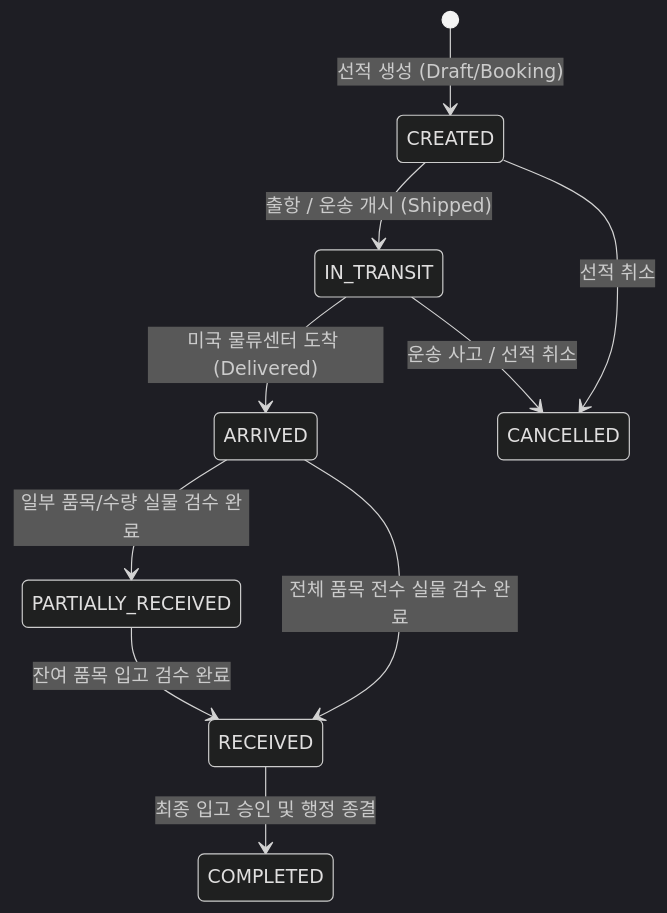
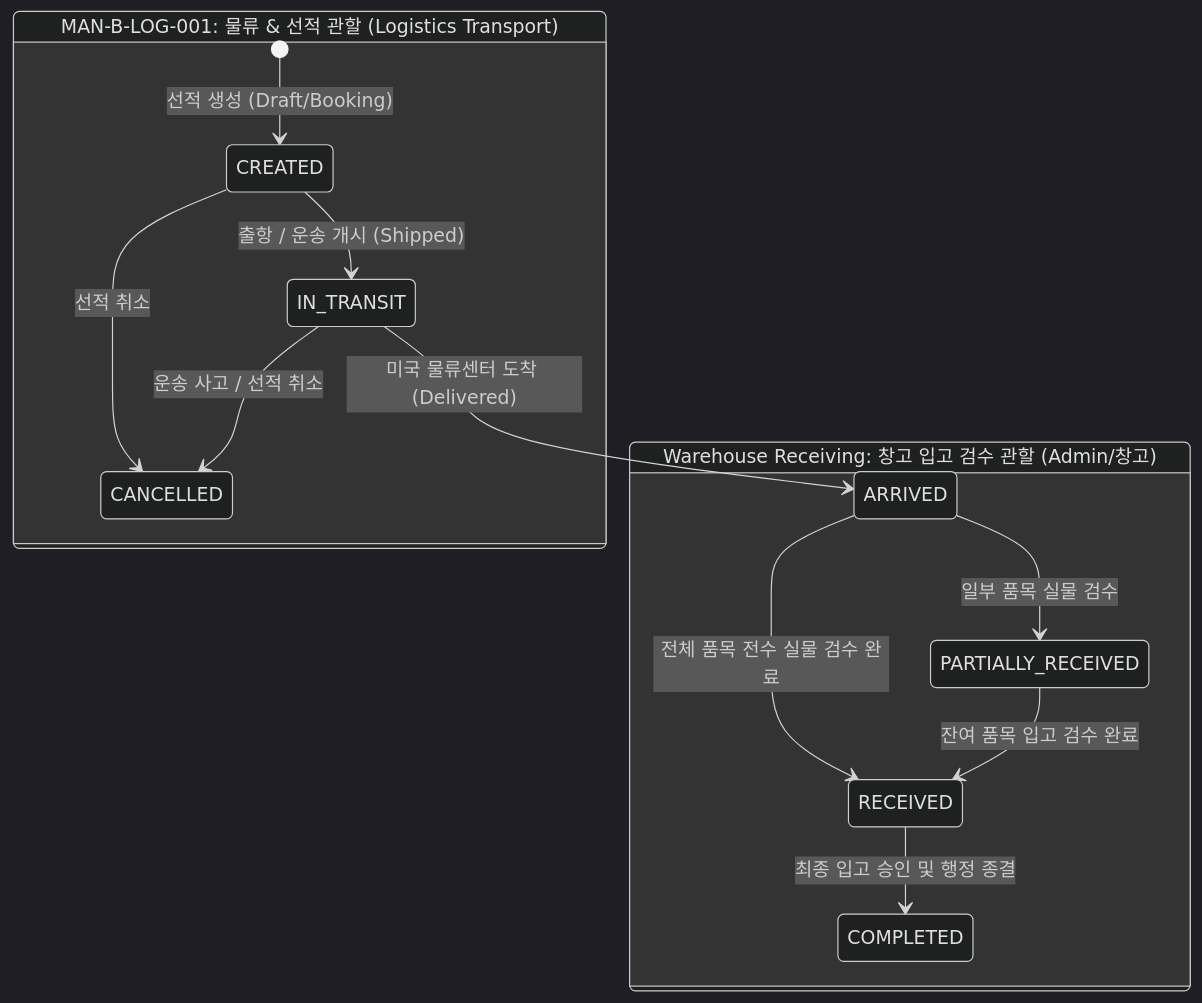
The fifth of 7 diagrams in Manuals/MAN-B-LOG-001_Shipping-Logistics/02_CLAUDE_PACKAGE/03_DIAGRAMS/LOGISTICS_ARCHITECTURE_DIAGRAMS.md (chaehahm-Kr/KBGP-Portal), drawn with Mermaid (dark theme) before and after one commit. The commit also changed 5 other files, not shown here.

Commit message:
docs(manual): MAN-B-LOG-001-PKG-QA-R2 shipping logistics final boundary corrections

````diff
--- a/Manuals/MAN-B-LOG-001_Shipping-Logistics/02_CLAUDE_PACKAGE/03_DIAGRAMS/LOGISTICS_ARCHITECTURE_DIAGRAMS.md
+++ b/Manuals/MAN-B-LOG-001_Shipping-Logistics/02_CLAUDE_PACKAGE/03_DIAGRAMS/LOGISTICS_ARCHITECTURE_DIAGRAMS.md
@@ -148,16 +148,17 @@
 ```mermaid
 stateDiagram-v2
-    [*] --> CREATED : 선적 생성 (Draft/Booking)
-    
-    CREATED --> IN_TRANSIT : 출항 / 운송 개시 (Shipped)
-    IN_TRANSIT --> ARRIVED : 미국 물류센터 도착 (Delivered)
-    
-    ARRIVED --> PARTIALLY_RECEIVED : 일부 품목/수량 실물 검수 완료
-    ARRIVED --> RECEIVED : 전체 품목 전수 실물 검수 완료
-    PARTIALLY_RECEIVED --> RECEIVED : 잔여 품목 입고 검수 완료
-    
-    RECEIVED --> COMPLETED : 최종 입고 승인 및 행정 종결
-    
-    CREATED --> CANCELLED : 선적 취소
-    IN_TRANSIT --> CANCELLED : 운송 사고 / 선적 취소
+    state "MAN-B-LOG-001: 물류 & 선적 관할 (Logistics Transport)" as LOGISTICS {
+        [*] --> CREATED : 선적 생성 (Draft/Booking)
+        CREATED --> IN_TRANSIT : 출항 / 운송 개시 (Shipped)
+        IN_TRANSIT --> ARRIVED : 미국 물류센터 도착 (Delivered)
+        CREATED --> CANCELLED : 선적 취소
+        IN_TRANSIT --> CANCELLED : 운송 사고 / 선적 취소
+    }
+
+    state "Warehouse Receiving: 창고 입고 검수 관할 (Admin/창고)" as WAREHOUSE_RECEIVING {
+        ARRIVED --> PARTIALLY_RECEIVED : 일부 품목 실물 검수
+        ARRIVED --> RECEIVED : 전체 품목 전수 실물 검수 완료
+        PARTIALLY_RECEIVED --> RECEIVED : 잔여 품목 입고 검수 완료
+        RECEIVED --> COMPLETED : 최종 입고 승인 및 행정 종결
+    }
 ```
````
